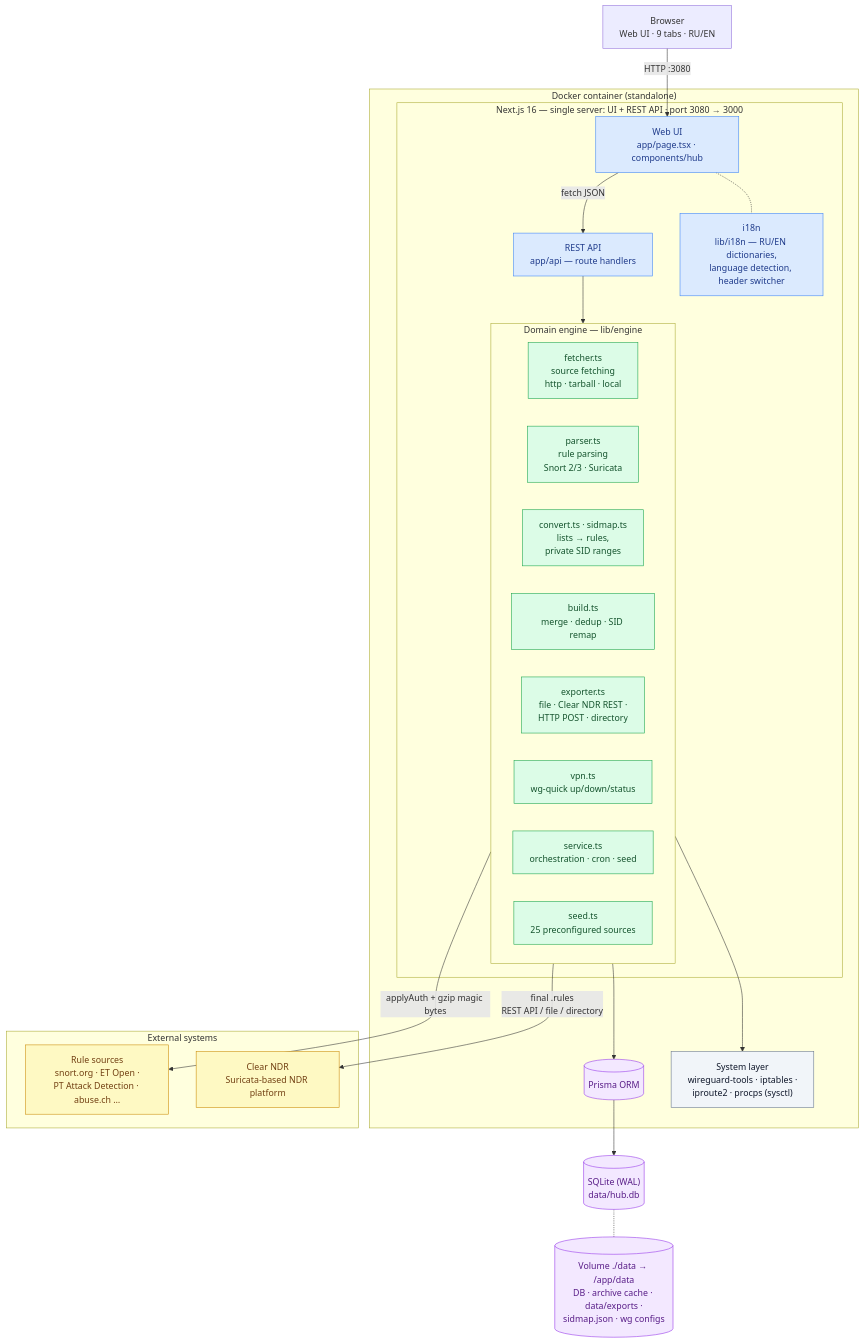
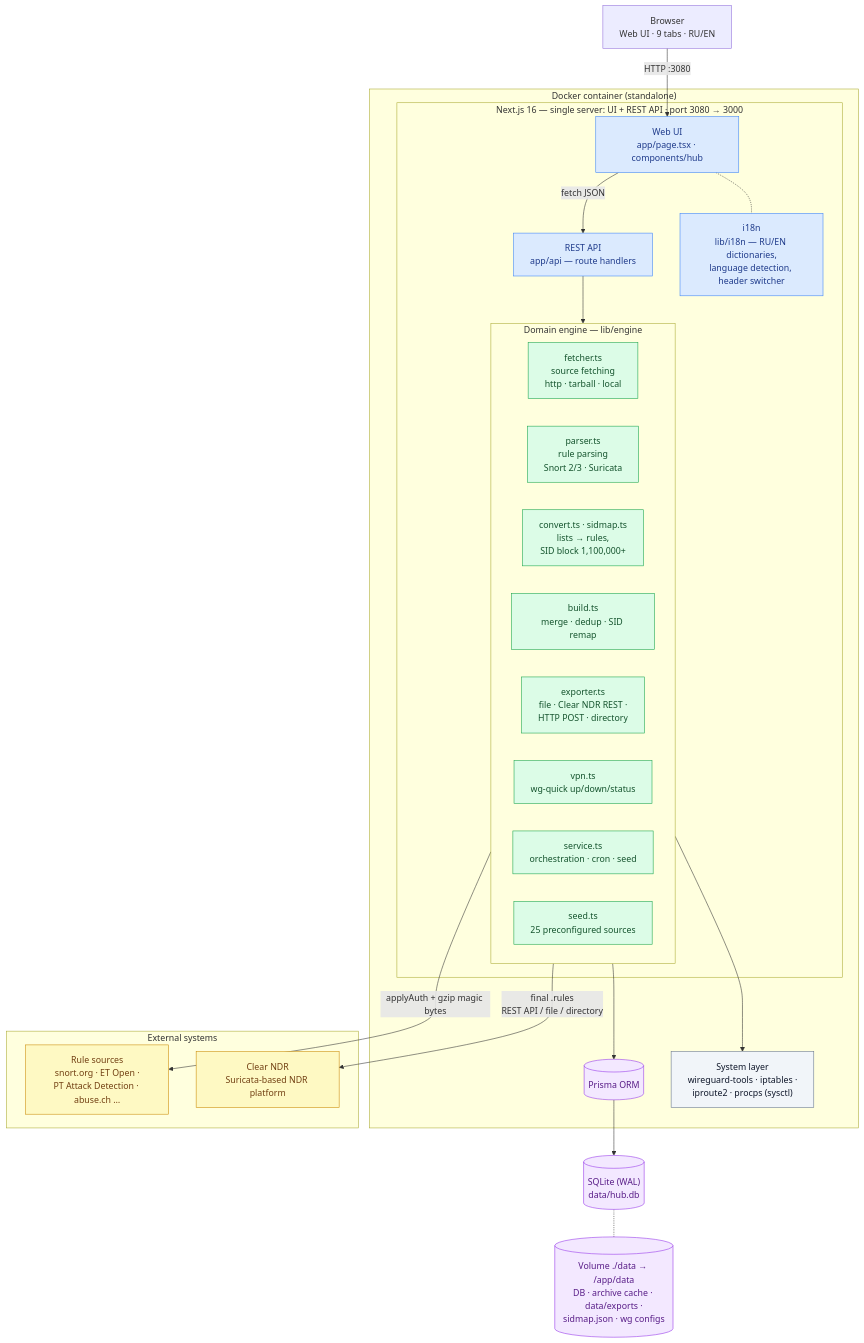
Before and after one commit to NoIDXMV6/ndr-rules-hub: the first of 9 diagrams in architecture.en.md, drawn with Mermaid. The commit also changed other lines of this file and 14 other files, not shown here.

````diff
--- a/architecture.en.md
+++ b/architecture.en.md
@@ -43,55 +43,55 @@
 ```mermaid
 flowchart TB
     Browser["Browser<br/>Web UI · 9 tabs · RU/EN"]
 
     subgraph DOCKER["Docker container (standalone)"]
         subgraph NEXTJS["Next.js 16 — single server: UI + REST API · port 3080 → 3000"]
             UI["Web UI<br/>app/page.tsx · components/hub"]
             API["REST API<br/>app/api — route handlers"]
             I18N["i18n<br/>lib/i18n — RU/EN dictionaries,<br/>language detection, header switcher"]
             subgraph ENGINE["Domain engine — lib/engine"]
                 direction LR
                 FETCHER["fetcher.ts<br/>source fetching<br/>http · tarball · local"]
                 PARSER["parser.ts<br/>rule parsing<br/>Snort 2/3 · Suricata"]
-                CONVERT["convert.ts · sidmap.ts<br/>lists → rules,<br/>private SID ranges"]
+                CONVERT["convert.ts · sidmap.ts<br/>lists → rules,<br/>SID block 1,100,000+"]
                 BUILDER["build.ts<br/>merge · dedup · SID remap"]
                 EXPORTER["exporter.ts<br/>file · Clear NDR REST ·<br/>HTTP POST · directory"]
                 VPN["vpn.ts<br/>wg-quick up/down/status"]
                 SERVICE["service.ts<br/>orchestration · cron · seed"]
                 SEED["seed.ts<br/>25 preconfigured sources"]
             end
         end
         PRISMA[("Prisma ORM")]
         SYSLAYER["System layer<br/>wireguard-tools · iptables ·<br/>iproute2 · procps (sysctl)"]
     end
 
     subgraph EXT["External systems"]
         SOURCES["Rule sources<br/>snort.org · ET Open ·<br/>PT Attack Detection · abuse.ch …"]
         CLEARNDR["Clear NDR<br/>Suricata-based NDR platform"]
     end
 
     DB[("SQLite (WAL)<br/>data/hub.db")]
     VOLUME[("Volume ./data → /app/data<br/>DB · archive cache · data/exports ·<br/>sidmap.json · wg configs")]
 
     Browser -- "HTTP :3080" --> UI
     UI -- "fetch JSON" --> API
     UI -.- I18N
     API --> SERVICE
     FETCHER -- "applyAuth + gzip magic bytes" --> SOURCES
     EXPORTER -- "final .rules<br/>REST API / file / directory" --> CLEARNDR
     VPN --> SYSLAYER
     SERVICE --> PRISMA
     PRISMA --> DB
     DB -.- VOLUME
 
     classDef ui fill:#dbeafe,stroke:#3b82f6,color:#1e3a8a
     classDef engine fill:#dcfce7,stroke:#16a34a,color:#14532d
     classDef ext fill:#fef9c3,stroke:#ca8a04,color:#713f12
     classDef store fill:#f3e8ff,stroke:#9333ea,color:#581c87
     classDef sys fill:#f1f5f9,stroke:#64748b,color:#0f172a
     class UI,API,I18N ui
     class FETCHER,PARSER,CONVERT,BUILDER,EXPORTER,VPN,SERVICE,SEED engine
     class SOURCES,CLEARNDR ext
     class DB,VOLUME,PRISMA store
     class SYSLAYER sys
 ```
````
